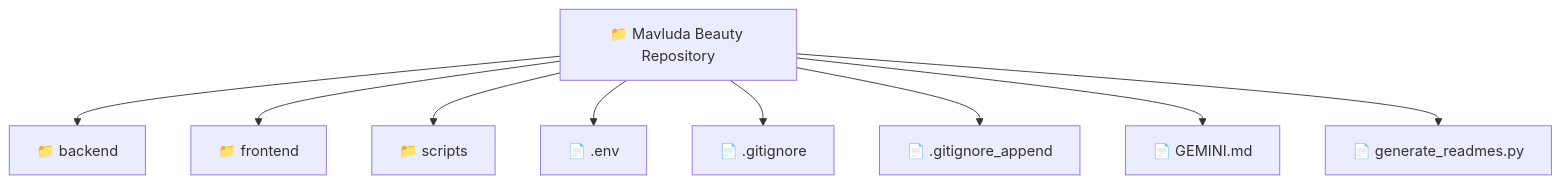
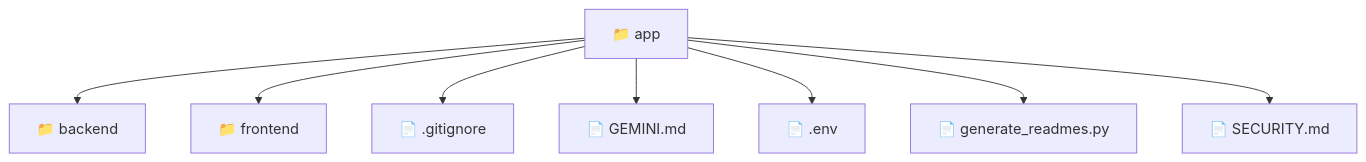
One commit to beginwebdev2002/fullstack-mavluda changed the diagram in README.md. Above: the diagram before and after it, drawn with Mermaid. The commit also changed other lines of this file and 157 other files, not shown here.

First line of the commit message:
docs: generate comprehensive READMEs for all directories

````diff
--- a/README.md
+++ b/README.md
@@ -9,12 +9,11 @@
 ```mermaid
 graph TD
-  Root["📁 Mavluda Beauty Repository"]
-  Root --> backend["📁 backend"]
-  Root --> frontend["📁 frontend"]
-  Root --> scripts["📁 scripts"]
-  Root --> _env["📄 .env"]
-  Root --> _gitignore["📄 .gitignore"]
-  Root --> _gitignore_append["📄 .gitignore_append"]
-  Root --> GEMINI_md["📄 GEMINI.md"]
-  Root --> generate_readmes_py["📄 generate_readmes.py"]
+  app["📁 app"]
+  app --> backend["📁 backend"]
+  app --> frontend["📁 frontend"]
+  app --> _gitignore["📄 .gitignore"]
+  app --> GEMINI_md["📄 GEMINI.md"]
+  app --> _env["📄 .env"]
+  app --> generate_readmes_py["📄 generate_readmes.py"]
+  app --> SECURITY_md["📄 SECURITY.md"]
 ```
````
